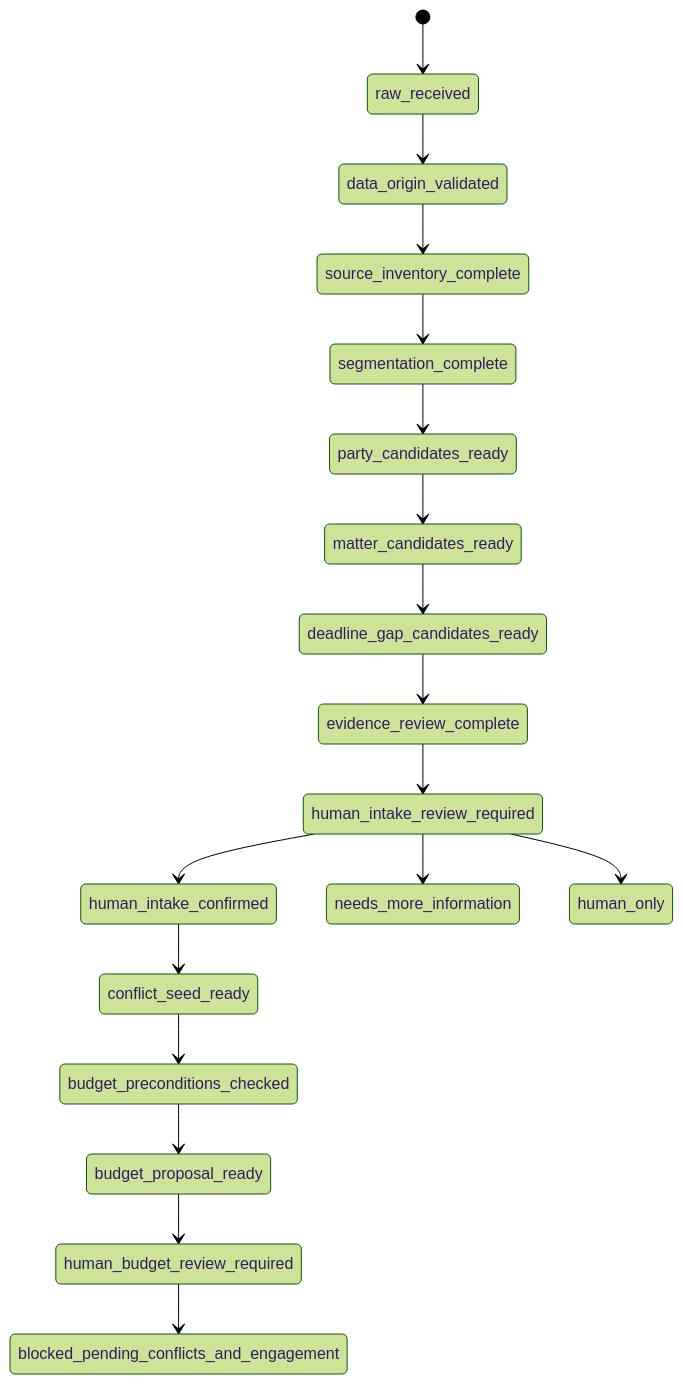
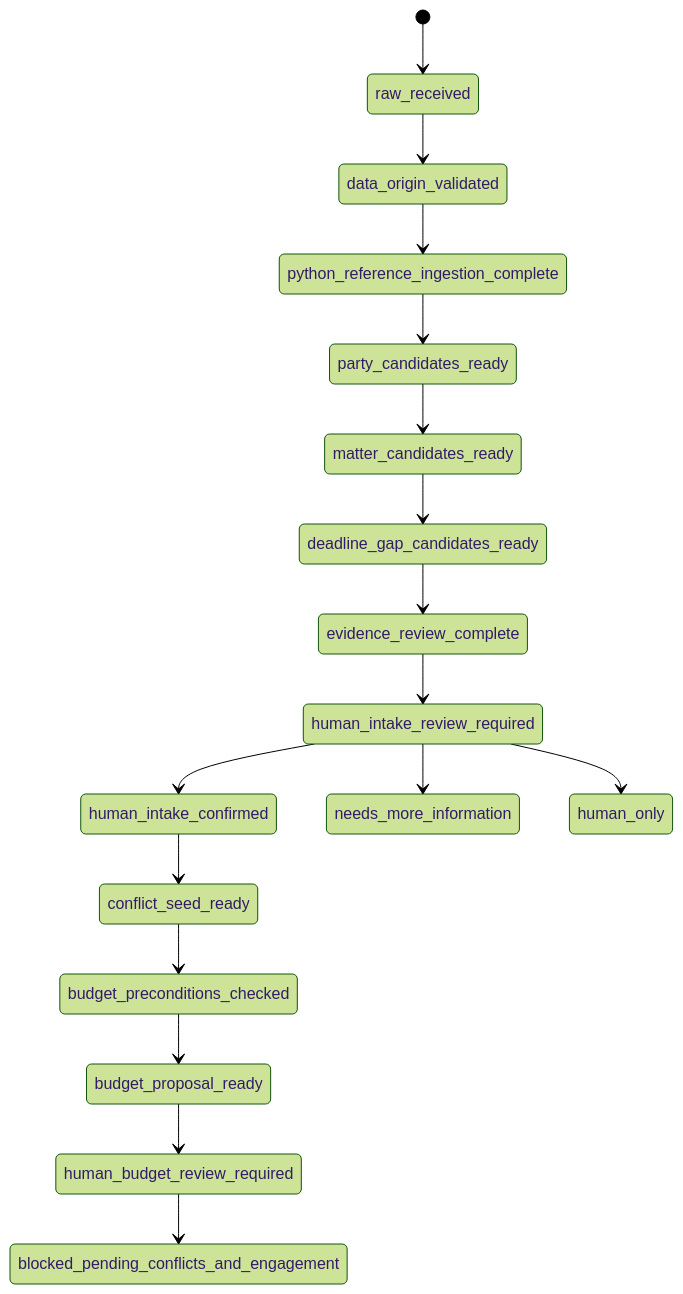
The diagram in docs/workflow/state-machine.md (lowelltwong-alt/LawFirm-os-intake), drawn with Mermaid (forest theme) before and after one commit. The commit also changed 21 other files, not shown here.

Commit message:
Add Python reference ingestion boundary

````diff
--- a/docs/workflow/state-machine.md
+++ b/docs/workflow/state-machine.md
@@ -3,20 +3,19 @@
 ```mermaid
 stateDiagram-v2
     [*] --> raw_received
     raw_received --> data_origin_validated
-    data_origin_validated --> source_inventory_complete
-    source_inventory_complete --> segmentation_complete
-    segmentation_complete --> party_candidates_ready
+    data_origin_validated --> python_reference_ingestion_complete
+    python_reference_ingestion_complete --> party_candidates_ready
     party_candidates_ready --> matter_candidates_ready
     matter_candidates_ready --> deadline_gap_candidates_ready
     deadline_gap_candidates_ready --> evidence_review_complete
     evidence_review_complete --> human_intake_review_required
     human_intake_review_required --> human_intake_confirmed
     human_intake_review_required --> needs_more_information
     human_intake_review_required --> human_only
     human_intake_confirmed --> conflict_seed_ready
     conflict_seed_ready --> budget_preconditions_checked
     budget_preconditions_checked --> budget_proposal_ready
     budget_proposal_ready --> human_budget_review_required
     human_budget_review_required --> blocked_pending_conflicts_and_engagement
 ```
````
